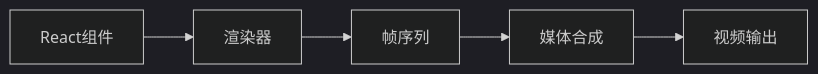
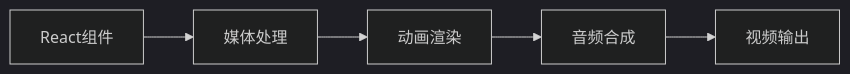
One commit to wayyoungboy/github-trending-reporter changed the first of 8 diagrams in reports/2026/01/2026-01-25.md. Above: the diagram before and after it, drawn with Mermaid (dark theme). The commit also changed other lines of this file and 1 other file, not shown here.

````diff
--- a/reports/2026/01/2026-01-25.md
+++ b/reports/2026/01/2026-01-25.md
@@ -56,7 +56,7 @@
 ```mermaid
 graph LR
-    A[React组件] --> B[渲染器]
-    B --> C[帧序列]
-    C --> D[媒体合成]
+    A[React组件] --> B[媒体处理]
+    B --> C[动画渲染]
+    C --> D[音频合成]
     D --> E[视频输出]
 ```
````
